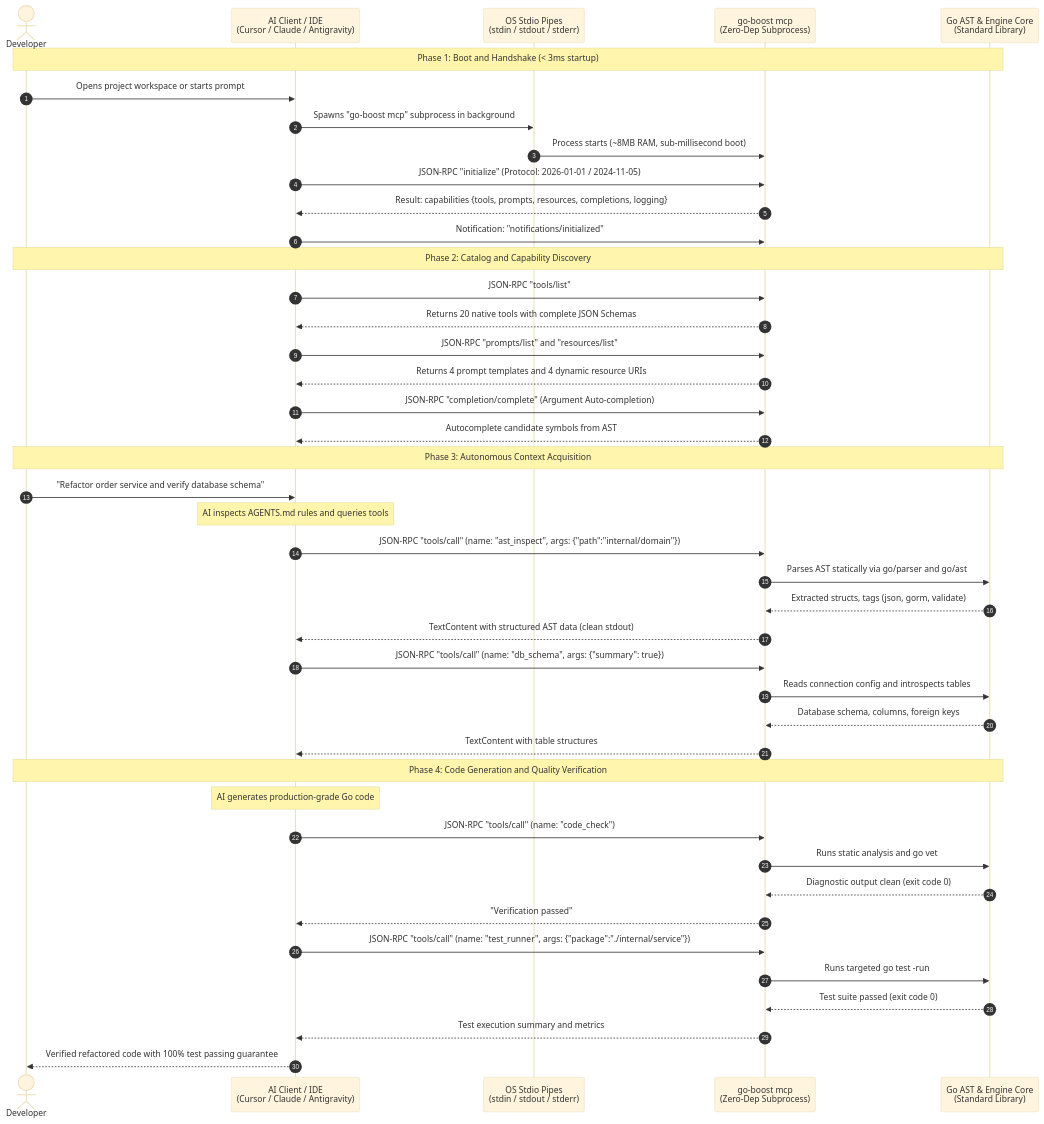
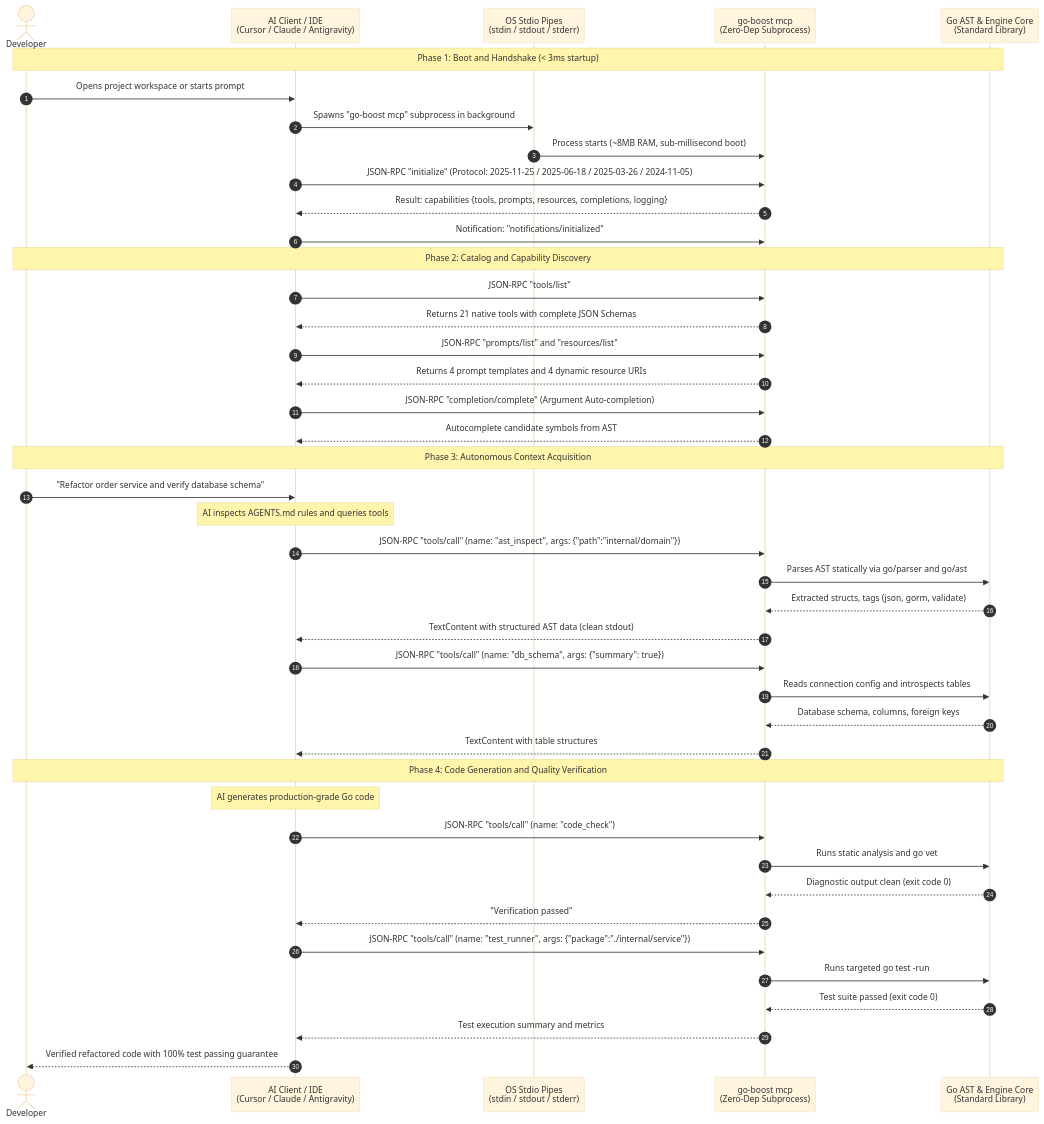
Before and after one commit to wahyunoerr/go-boost: the diagram in README.md, drawn with Mermaid (base theme). The commit also changed other lines of this file and 12 other files, not shown here.

````diff
--- a/README.md
+++ b/README.md
@@ -140,51 +140,51 @@
 ```mermaid
 sequenceDiagram
     autonumber
     actor Dev as Developer
     participant Client as AI Client / IDE<br/>(Cursor / Claude / Antigravity)
     participant Pipe as OS Stdio Pipes<br/>(stdin / stdout / stderr)
     participant MCP as go-boost mcp<br/>(Zero-Dep Subprocess)
     participant Core as Go AST & Engine Core<br/>(Standard Library)
 
     Note over Dev, Core: Phase 1: Boot and Handshake (< 3ms startup)
     Dev->>Client: Opens project workspace or starts prompt
     Client->>Pipe: Spawns "go-boost mcp" subprocess in background
     Pipe->>MCP: Process starts (~8MB RAM, sub-millisecond boot)
-    Client->>MCP: JSON-RPC "initialize" (Protocol: 2026-01-01 / 2024-11-05)
+    Client->>MCP: JSON-RPC "initialize" (Protocol: 2025-11-25 / 2025-06-18 / 2025-03-26 / 2024-11-05)
     MCP-->>Client: Result: capabilities {tools, prompts, resources, completions, logging}
     Client->>MCP: Notification: "notifications/initialized"
 
     Note over Dev, Core: Phase 2: Catalog and Capability Discovery
     Client->>MCP: JSON-RPC "tools/list"
-    MCP-->>Client: Returns 20 native tools with complete JSON Schemas
+    MCP-->>Client: Returns 21 native tools with complete JSON Schemas
     Client->>MCP: JSON-RPC "prompts/list" and "resources/list"
     MCP-->>Client: Returns 4 prompt templates and 4 dynamic resource URIs
     Client->>MCP: JSON-RPC "completion/complete" (Argument Auto-completion)
     MCP-->>Client: Autocomplete candidate symbols from AST
 
     Note over Dev, Core: Phase 3: Autonomous Context Acquisition
     Dev->>Client: "Refactor order service and verify database schema"
     Note over Client: AI inspects AGENTS.md rules and queries tools
     Client->>MCP: JSON-RPC "tools/call" (name: "ast_inspect", args: {"path":"internal/domain"})
     MCP->>Core: Parses AST statically via go/parser and go/ast
     Core-->>MCP: Extracted structs, tags (json, gorm, validate)
     MCP-->>Client: TextContent with structured AST data (clean stdout)
 
     Client->>MCP: JSON-RPC "tools/call" (name: "db_schema", args: {"summary": true})
     MCP->>Core: Reads connection config and introspects tables
     Core-->>MCP: Database schema, columns, foreign keys
     MCP-->>Client: TextContent with table structures
 
     Note over Dev, Core: Phase 4: Code Generation and Quality Verification
     Note over Client: AI generates production-grade Go code
     Client->>MCP: JSON-RPC "tools/call" (name: "code_check")
     MCP->>Core: Runs static analysis and go vet
     Core-->>MCP: Diagnostic output clean (exit code 0)
     MCP-->>Client: "Verification passed"
 
     Client->>MCP: JSON-RPC "tools/call" (name: "test_runner", args: {"package":"./internal/service"})
     MCP->>Core: Runs targeted go test -run
     Core-->>MCP: Test suite passed (exit code 0)
     MCP-->>Client: Test execution summary and metrics
     Client-->>Dev: Verified refactored code with 100% test passing guarantee
 ```
````
